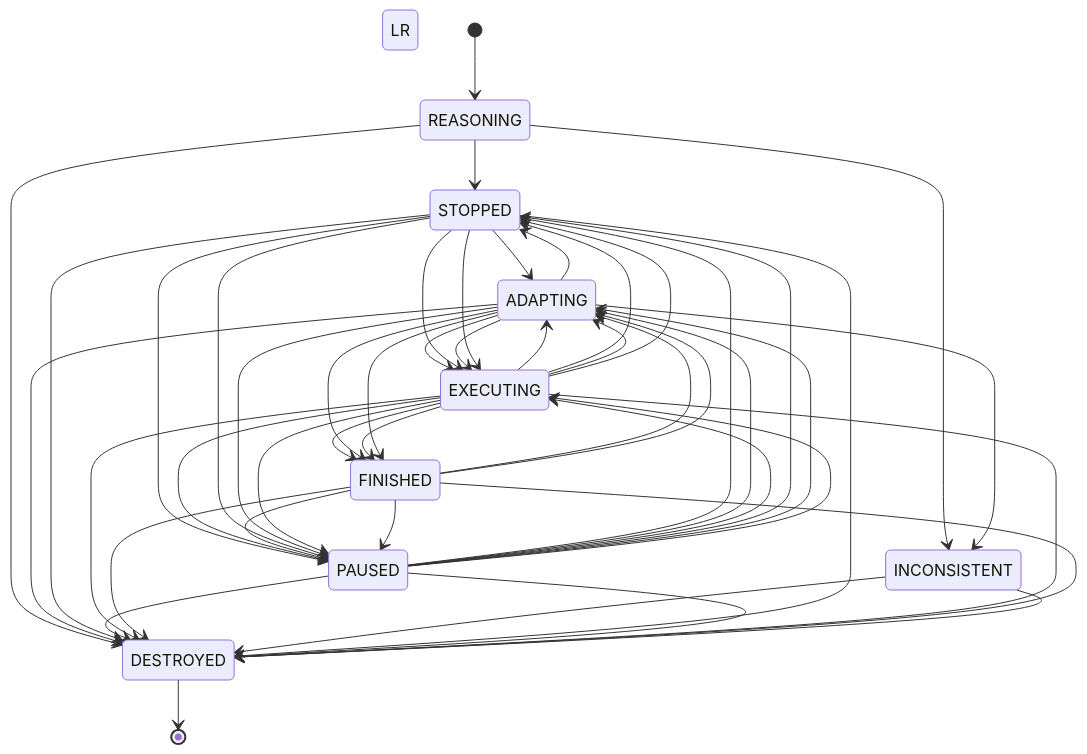
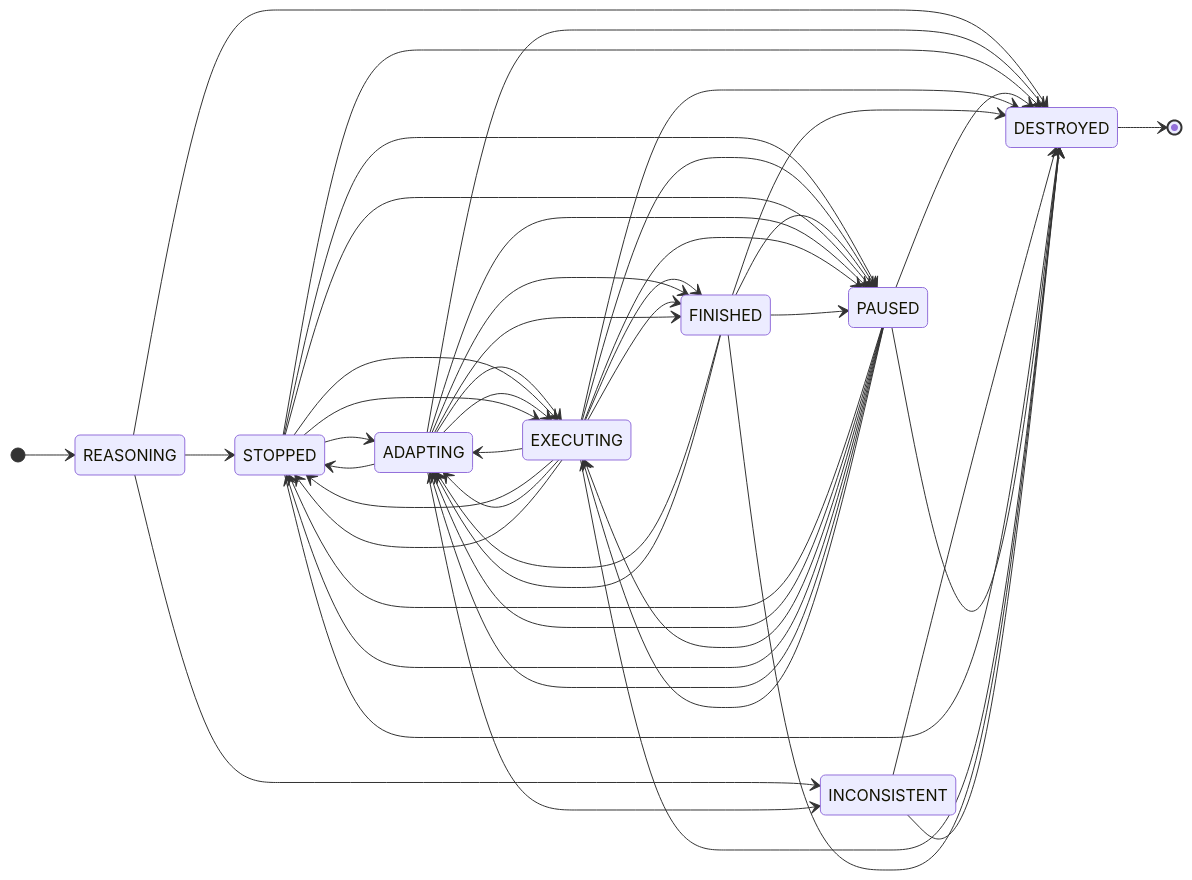
One commit to ratioSolver/AerialS changed the diagram in README.md. Above: the diagram before and after it, drawn with Mermaid.

Commit message:
trying mermaid for state diagram representation..

````diff
--- a/README.md
+++ b/README.md
@@ -44,49 +44,50 @@
 ```mermaid
-stateDiagram-v2 LR
+stateDiagram-v2
+    direction LR
     [*] --> REASONING
     DESTROYED --> [*]
     REASONING --> STOPPED
     REASONING --> INCONSISTENT
     REASONING --> DESTROYED
     ADAPTING --> INCONSISTENT
     ADAPTING --> DESTROYED
     STOPPED --> ADAPTING
     STOPPED --> DESTROYED
     STOPPED --> PAUSED
     PAUSED --> STOPPED
     PAUSED --> ADAPTING
     PAUSED --> DESTROYED
     EXECUTING --> ADAPTING
     ADAPTING --> EXECUTING
     EXECUTING --> STOPPED
     STOPPED --> EXECUTING
     EXECUTING --> PAUSED
     PAUSED --> EXECUTING
     EXECUTING --> FINISHED
     EXECUTING --> DESTROYED
     FINISHED --> ADAPTING
     ADAPTING --> FINISHED
     FINISHED --> PAUSED
     FINISHED --> DESTROYED
     INCONSISTENT --> DESTROYED
     ADAPTING --> STOPPED
     STOPPED --> DESTROYED
     STOPPED --> PAUSED
     PAUSED --> STOPPED
     PAUSED --> ADAPTING
     ADAPTING --> PAUSED
     PAUSED --> DESTROYED
     EXECUTING --> ADAPTING
     ADAPTING --> EXECUTING
     EXECUTING --> STOPPED
     STOPPED --> EXECUTING
     EXECUTING --> PAUSED
     PAUSED --> EXECUTING
     EXECUTING --> FINISHED
     EXECUTING --> DESTROYED
     FINISHED --> ADAPTING
     ADAPTING --> FINISHED
     FINISHED --> PAUSED
     FINISHED --> DESTROYED
     INCONSISTENT --> DESTROYED
 ```
````
